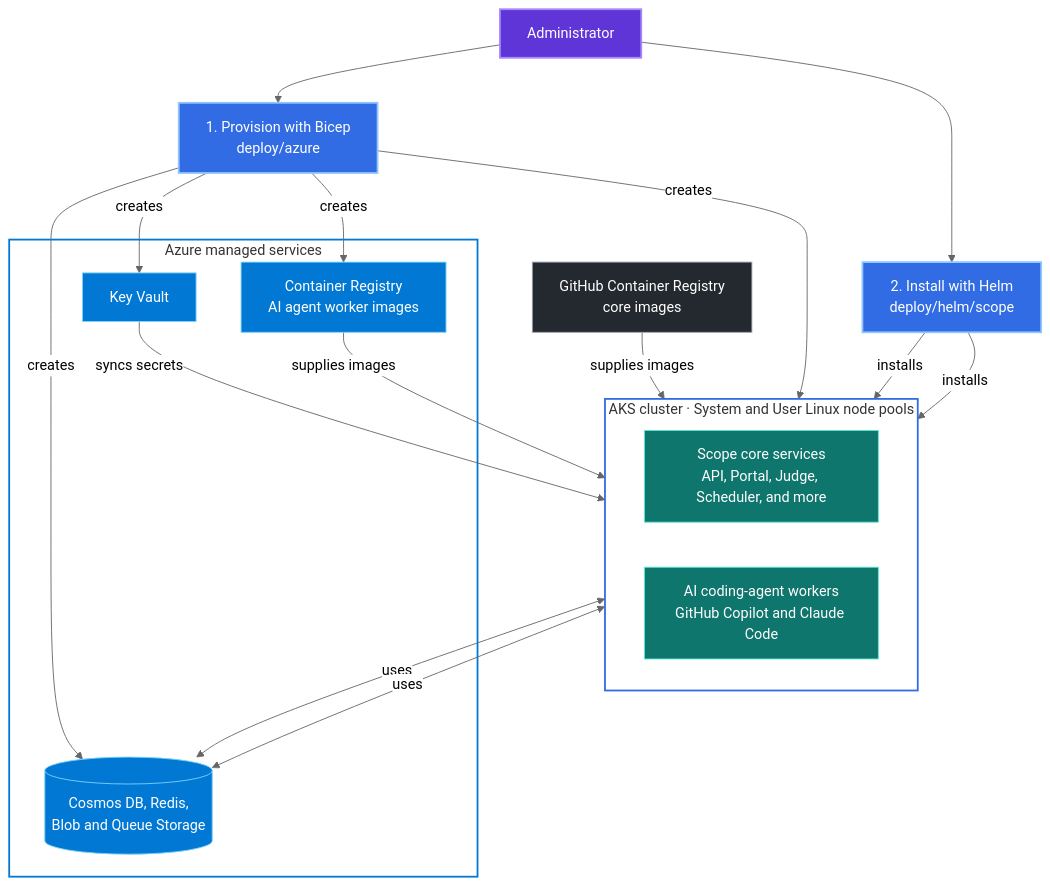
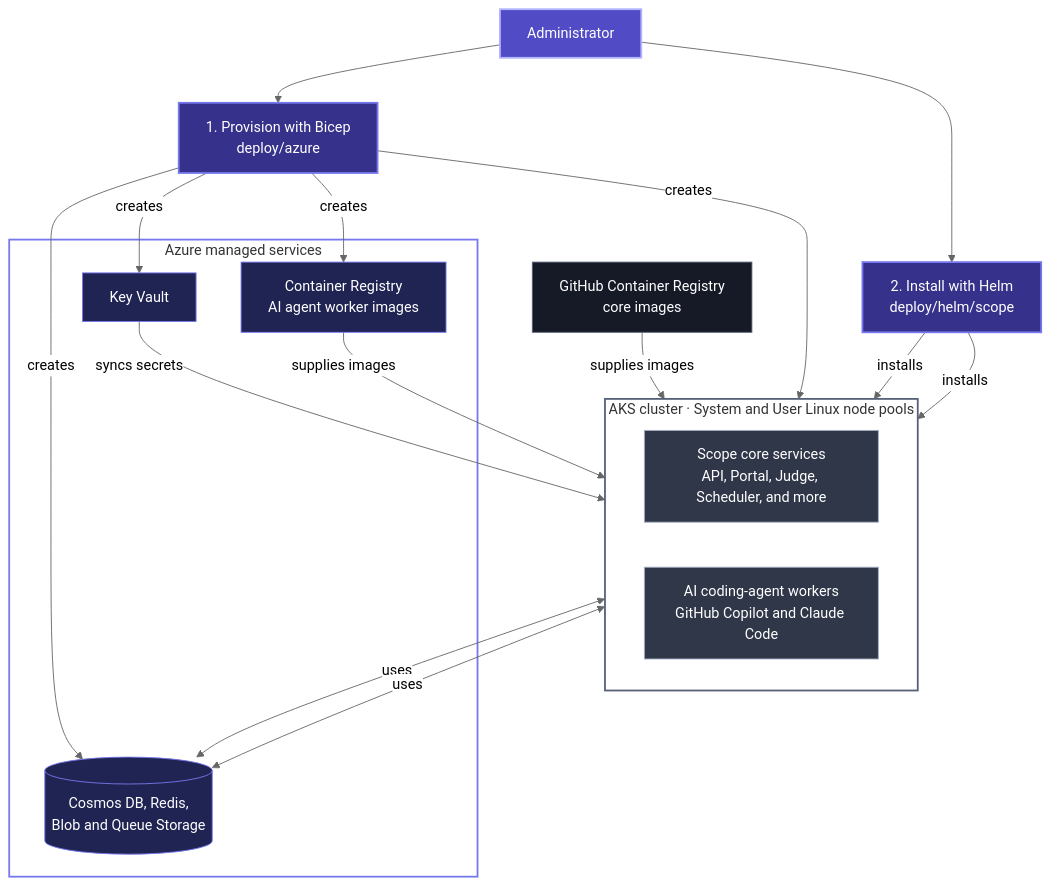
The diagram in website/src/content/docs/self-hosting/overview.md (1aifanatic/scope), drawn with Mermaid (neutral theme) before and after one commit. The commit also changed 1 other file, not shown here.

Commit message:
docs: align diagram colors with website
Copilot-Session: c52928ea-d413-4aab-95a1-b4ecfd7d9f96

````diff
--- a/website/src/content/docs/self-hosting/overview.md
+++ b/website/src/content/docs/self-hosting/overview.md
@@ -34,48 +34,48 @@
 ```mermaid
 flowchart TD
     Admin[Administrator]
     Bicep[1. Provision with Bicep<br/>deploy/azure]
     Helm[2. Install with Helm<br/>deploy/helm/scope]
 
     Admin --> Bicep
     Admin --> Helm
 
     subgraph Azure["Azure managed services"]
         Data[(Cosmos DB, Redis,<br/>Blob and Queue Storage)]
         KV[Key Vault]
         ACR[Container Registry<br/>AI agent worker images]
     end
 
     subgraph AKS["AKS cluster · System and User Linux node pools"]
         direction LR
         Core[Scope core services<br/>API, Portal, Judge, Scheduler, and more]
         Workers[AI coding-agent workers<br/>GitHub Copilot and Claude Code]
     end
 
     Bicep -->|creates| Data
     Bicep -->|creates| KV
     Bicep -->|creates| ACR
     Bicep -->|creates| AKS
     Helm -->|installs| Core
     Helm -->|installs| Workers
     GHCR[GitHub Container Registry<br/>core images] -->|supplies images| Core
     ACR -->|supplies images| Workers
     KV -->|syncs secrets| Core
     Core <-->|uses| Data
     Workers <-->|uses| Data
 
-    classDef actor fill:#6035d8,stroke:#a78bfa,color:#fff,stroke-width:2px
-    classDef deployment fill:#326ce5,stroke:#93c5fd,color:#fff,stroke-width:2px
-    classDef managed fill:#0078d4,stroke:#7dd3fc,color:#fff
-    classDef workload fill:#0f766e,stroke:#5eead4,color:#fff
-    classDef registry fill:#24292f,stroke:#9ca3af,color:#fff
+    classDef actor fill:#514bc5,stroke:#b1b4ff,color:#fff,stroke-width:2px
+    classDef deployment fill:#36318a,stroke:#7778ee,color:#fff,stroke-width:2px
+    classDef managed fill:#202453,stroke:#7778ee,color:#fff
+    classDef workload fill:#303749,stroke:#a7afc5,color:#fff
+    classDef registry fill:#161a27,stroke:#576079,color:#fff
 
     class Admin actor
     class Bicep,Helm deployment
     class Data,KV,ACR managed
     class Core,Workers workload
     class GHCR registry
 
-    style Azure fill:transparent,stroke:#0078d4,stroke-width:2px
-    style AKS fill:transparent,stroke:#326ce5,stroke-width:2px
+    style Azure fill:transparent,stroke:#7778ee,stroke-width:2px
+    style AKS fill:transparent,stroke:#576079,stroke-width:2px
 ```
````
